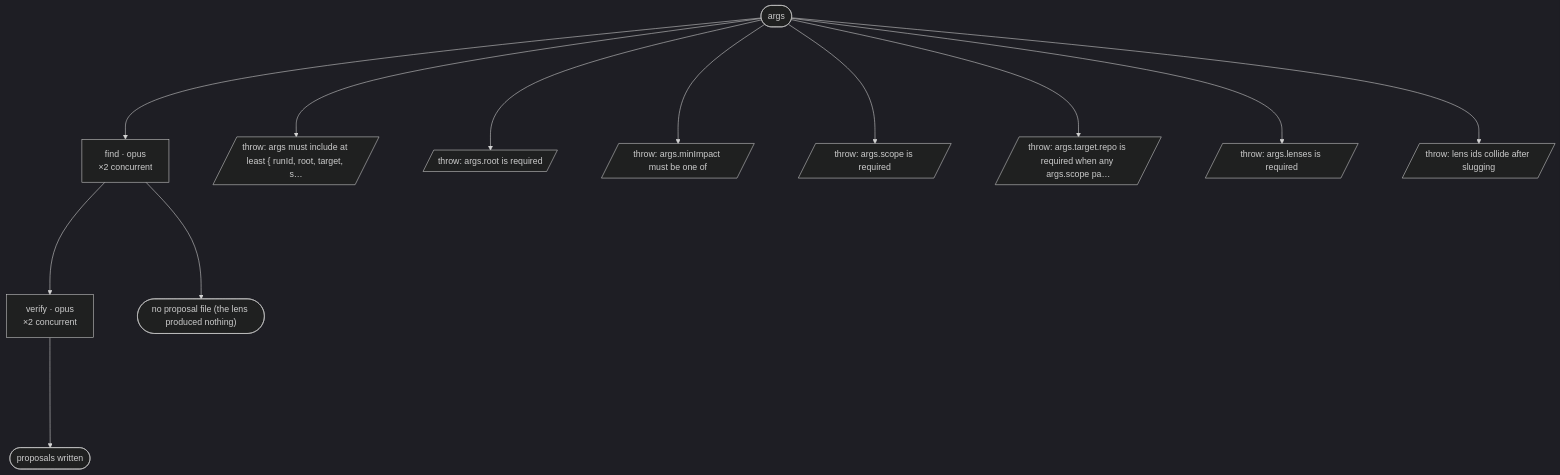
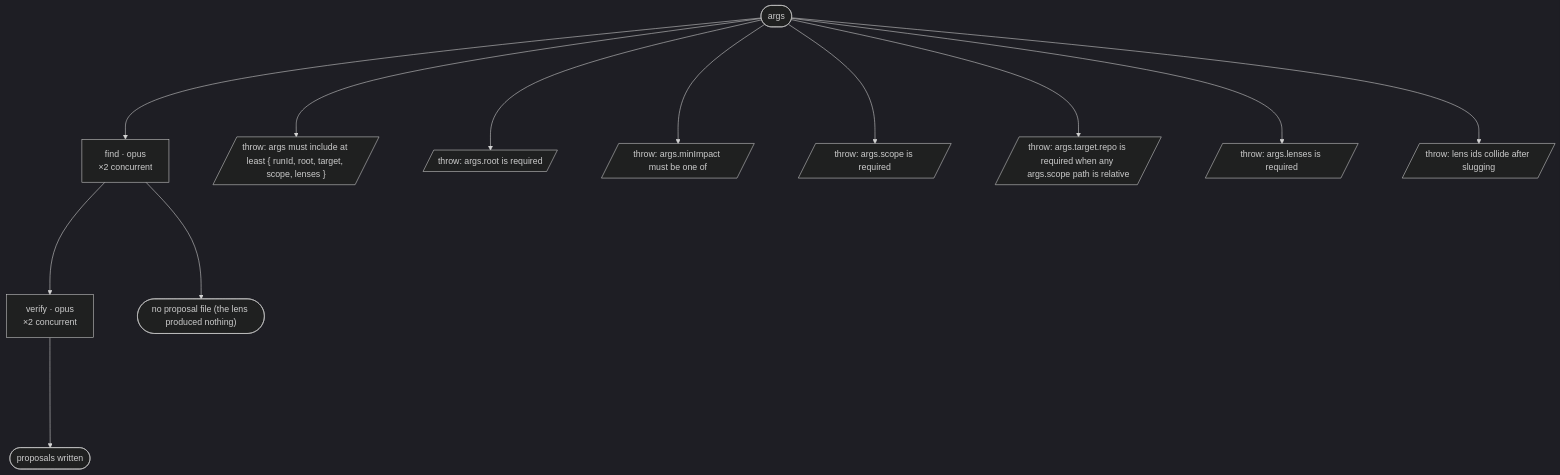
One commit to Blakeem/aipromptguide-workflows changed the diagram in workflows/enhance/FLOW.md. Above: the diagram before and after it, drawn with Mermaid (dark theme). The commit also changed other lines of this file and 11 other files, not shown here.

Commit message:
cleaned up flow files for display on website

````diff
--- a/workflows/enhance/FLOW.md
+++ b/workflows/enhance/FLOW.md
@@ -8,27 +8,27 @@
 ```mermaid
 %%{init: {"flowchart": {"nodeSpacing": 80, "rankSpacing": 200}}}%%
 flowchart TD
   S0(["args"])
   a1["find · opus<br/>×2 concurrent"]
   a2["verify · opus<br/>×2 concurrent"]
   t1(["proposals written"])
   t2(["no proposal file (the lens produced nothing)"])
-  x1[/"throw: args must include at least { runId, root, target, s…"/]
+  x1[/"throw: args must include at least { runId, root, target, scope, lenses }"/]
   x2[/"throw: args.root is required"/]
   x3[/"throw: args.minImpact must be one of"/]
   x4[/"throw: args.scope is required"/]
-  x5[/"throw: args.target.repo is required when any args.scope pa…"/]
+  x5[/"throw: args.target.repo is required when any args.scope path is relative"/]
   x6[/"throw: args.lenses is required"/]
   x7[/"throw: lens ids collide after slugging"/]
   S0 --> a1
   S0 --> x1
   S0 --> x2
   S0 --> x3
   S0 --> x4
   S0 --> x5
   S0 --> x6
   S0 --> x7
   a1 --> a2
   a1 --> t2
   a2 --> t1
 ```
````
